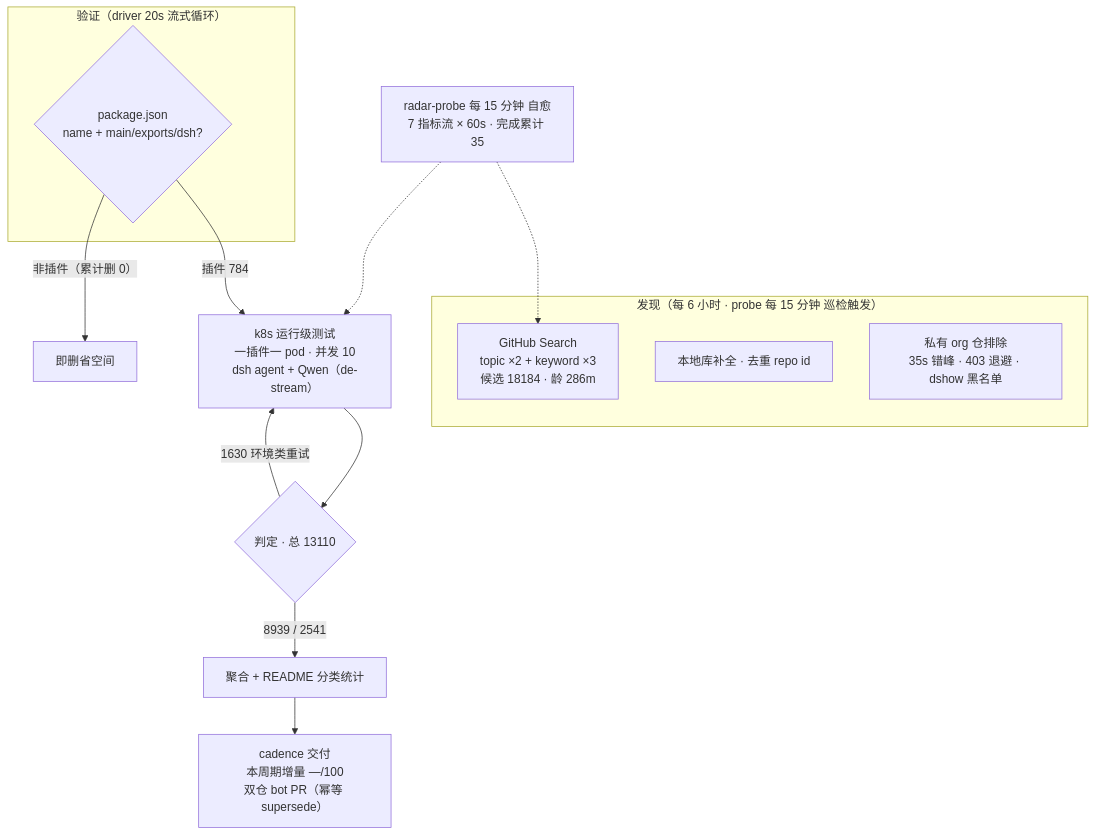
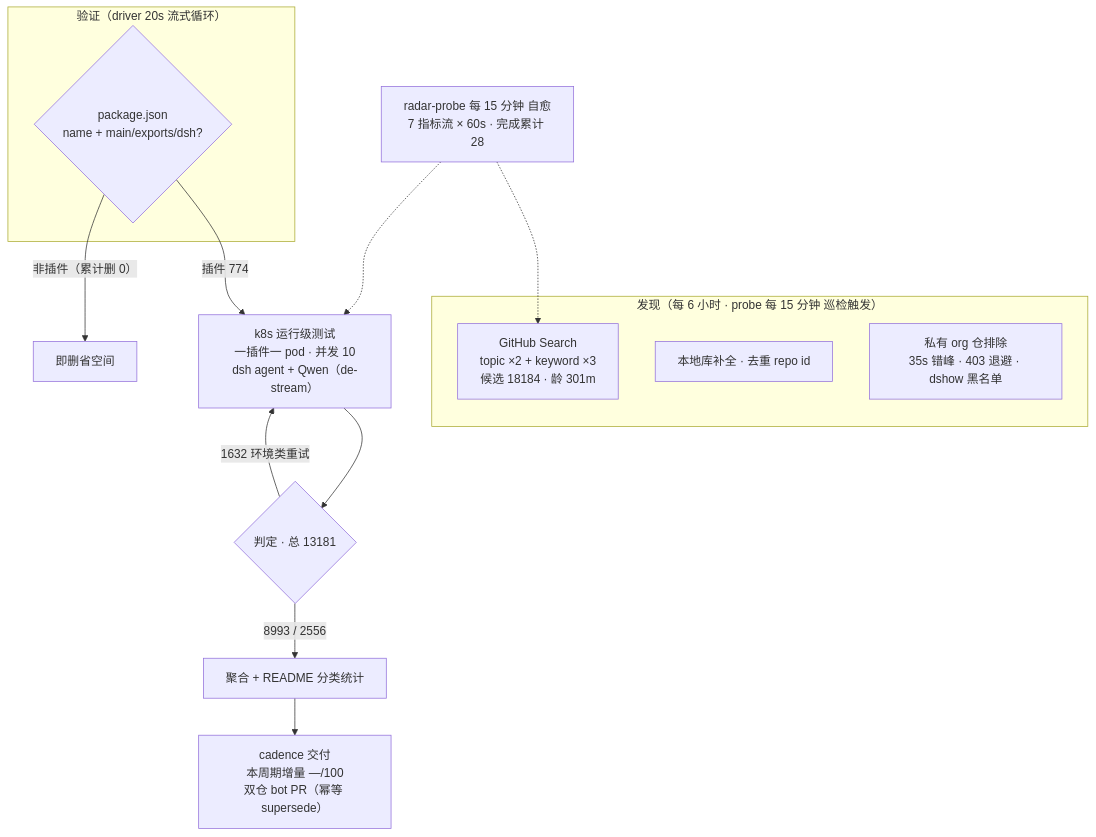
One commit to AdamPlatin123/awesome-dsh-plugins changed the diagram in README.md. Above: the diagram before and after it, drawn with Mermaid. The commit also changed other lines of this file and 5 other files, not shown here.

````diff
--- a/README.md
+++ b/README.md
@@ -52,20 +52,20 @@
 ```mermaid
 flowchart TB
     subgraph Discovery["发现（每 6 小时 · probe 每 15 分钟 巡检触发）"]
-        A1["GitHub Search<br/>topic ×2 + keyword ×3<br/>候选 18184 · 龄 286m"]
+        A1["GitHub Search<br/>topic ×2 + keyword ×3<br/>候选 18184 · 龄 301m"]
         A2["本地库补全 · 去重 repo id"]
         A3["私有 org 仓排除<br/>35s 错峰 · 403 退避 · dshow 黑名单"]
     end
     subgraph Validation["验证（driver 20s 流式循环）"]
         B1{"package.json<br/>name + main/exports/dsh?"}
     end
-    B1 -->|"插件 784"| C1["k8s 运行级测试<br/>一插件一 pod · 并发 10<br/>dsh agent + Qwen（de-stream）"]
+    B1 -->|"插件 774"| C1["k8s 运行级测试<br/>一插件一 pod · 并发 10<br/>dsh agent + Qwen（de-stream）"]
     B1 -->|"非插件（累计删 0）"| B3["即删省空间"]
-    C1 --> D1{"判定 · 总 13110"}
-    D1 -->|"8939 / 2541"| E1["聚合 + README 分类统计"]
-    D1 -->|"1630 环境类重试"| C1
+    C1 --> D1{"判定 · 总 13181"}
+    D1 -->|"8993 / 2556"| E1["聚合 + README 分类统计"]
+    D1 -->|"1632 环境类重试"| C1
     E1 --> E2["cadence 交付<br/>本周期增量 —/100<br/>双仓 bot PR（幂等 supersede）"]
-    M["radar-probe 每 15 分钟 自愈<br/>7 指标流 × 60s · 完成累计 35"]
+    M["radar-probe 每 15 分钟 自愈<br/>7 指标流 × 60s · 完成累计 28"]
     M -.-> A1
     M -.-> C1
 ```
````
